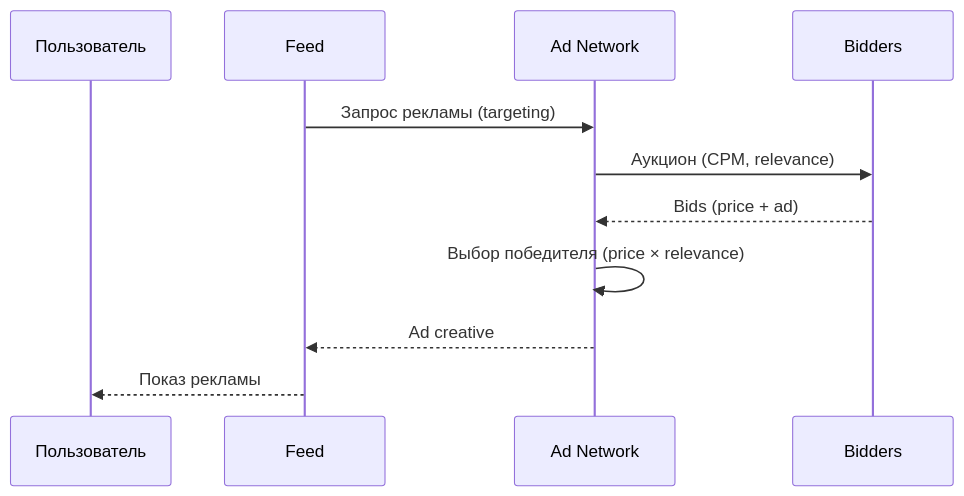
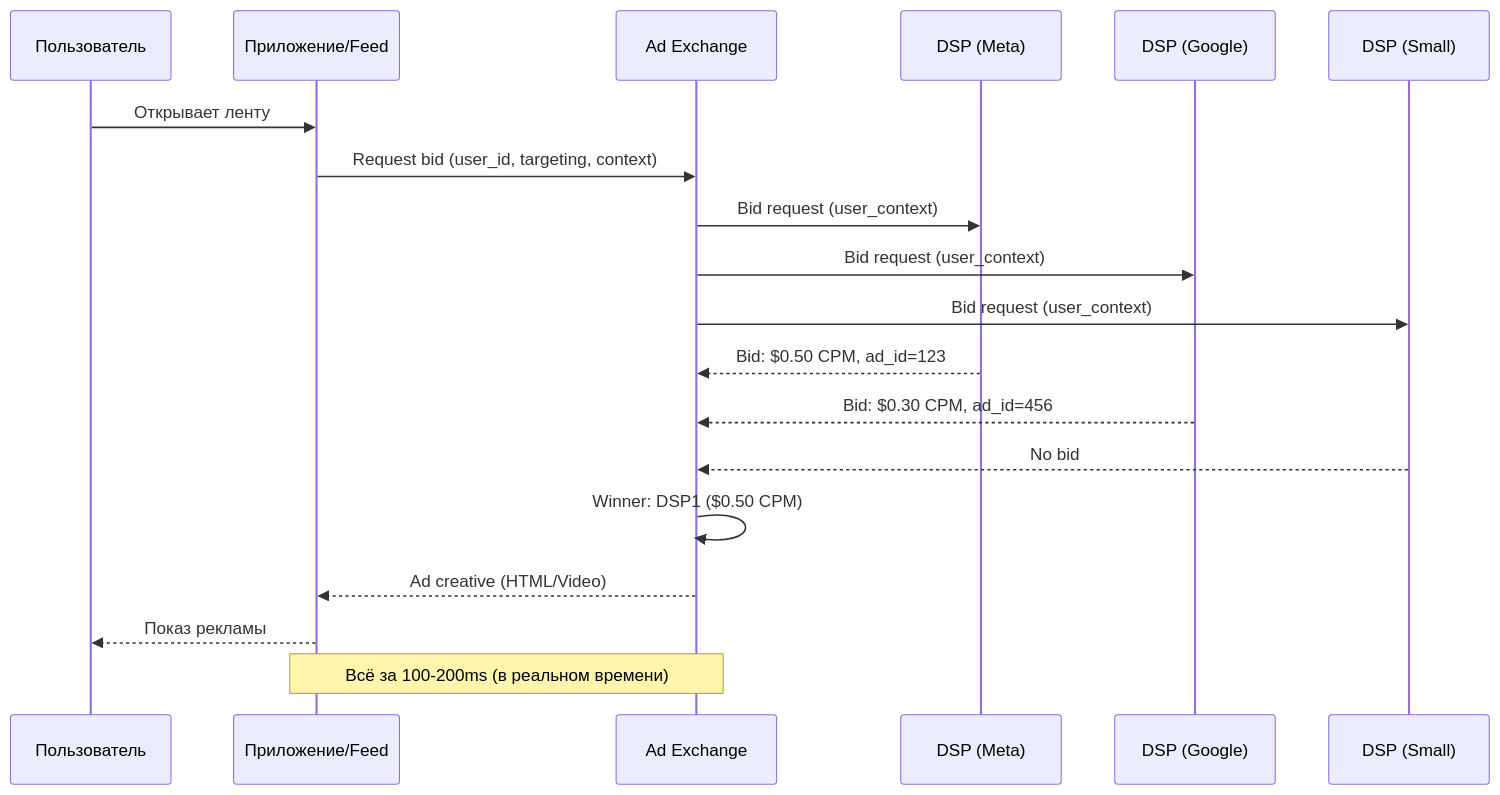
The second of 2 diagrams in docs/specialization/socnet-monetization.md (sergeyodnoval-bot/sysanalyst-kb.github.io), drawn with Mermaid before and after one commit. The commit also changed other lines of this file and 12 other files, not shown here.

````diff
--- a/docs/specialization/socnet-monetization.md
+++ b/docs/specialization/socnet-monetization.md
@@ -38,14 +105,22 @@
 ```mermaid
 sequenceDiagram
-    participant U as Пользователь
-    participant F as Feed
-    participant AD as Ad Network
-    participant B as Bidders
+    participant USER as Пользователь
+    participant APP as Приложение/Feed
+    participant EXCHANGE as Ad Exchange
+    participant DSP1 as DSP (Meta)
+    participant DSP2 as DSP (Google)
+    participant DSP3 as DSP (Small)
 
-    F->>AD: Запрос рекламы (targeting)
-    AD->>B: Аукцион (CPM, relevance)
-    B-->>AD: Bids (price + ad)
-    AD->>AD: Выбор победителя (price × relevance)
-    AD-->>F: Ad creative
-    F-->>U: Показ рекламы
+    USER->>APP: Открывает ленту
+    APP->>EXCHANGE: Request bid (user_id, targeting, context)
+    EXCHANGE->>DSP1: Bid request (user_context)
+    EXCHANGE->>DSP2: Bid request (user_context)
+    EXCHANGE->>DSP3: Bid request (user_context)
+    DSP1-->>EXCHANGE: Bid: $0.50 CPM, ad_id=123
+    DSP2-->>EXCHANGE: Bid: $0.30 CPM, ad_id=456
+    DSP3-->>EXCHANGE: No bid
+    EXCHANGE->>EXCHANGE: Winner: DSP1 ($0.50 CPM)
+    EXCHANGE-->>APP: Ad creative (HTML/Video)
+    APP-->>USER: Показ рекламы
+    Note over EXCHANGE,APP: Всё за 100-200ms (в реальном времени)
 ```
````
